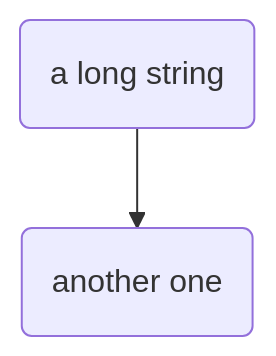
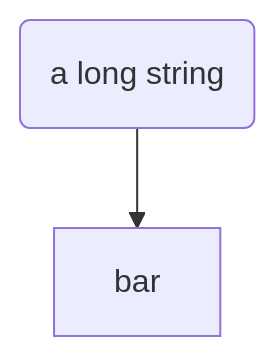
Before and after one commit to funjobie/OpenSwordArtsVR: diagram 15 of 16 in sandbox/MerMaid_diagram_integration.md, drawn with Mermaid. The commit also changed other lines of this file, not shown here.

````diff
--- a/sandbox/MerMaid_diagram_integration.md
+++ b/sandbox/MerMaid_diagram_integration.md
@@ -190,4 +200,4 @@
 ```mermaid
 flowchart TD
-    foo("a long string") --> bar("another one")
+    foo("a long string") --> bar
 ```
````
